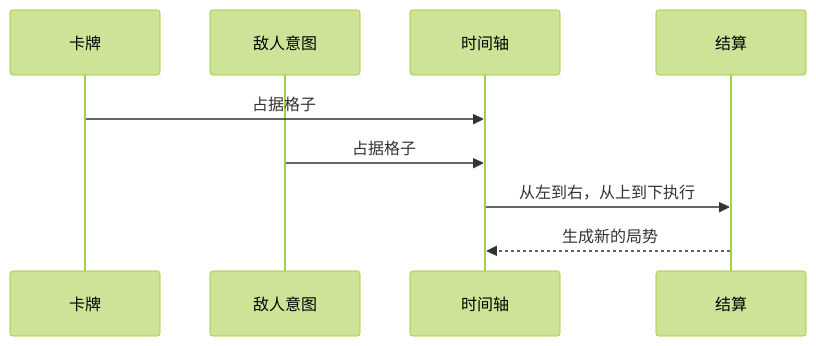
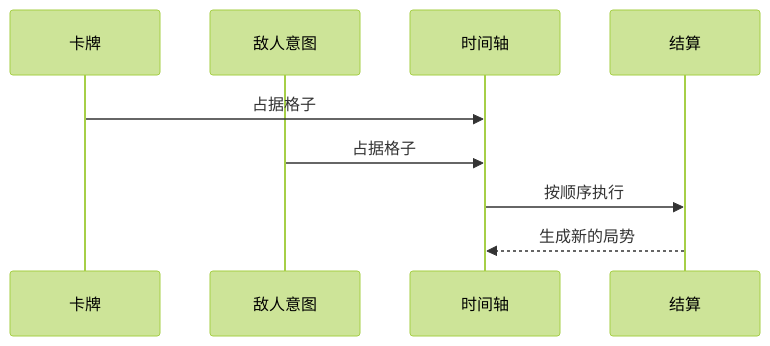
The third of 4 diagrams in README.md (xcyhjn/time-key-godot), drawn with Mermaid (forest theme) before and after one commit. The commit also changed other lines of this file and 18 other files, not shown here.

````diff
--- a/README.md
+++ b/README.md
@@ -91,12 +61,12 @@
 ```mermaid
 sequenceDiagram
     participant Card as 卡牌
     participant Enemy as 敌人意图
     participant Axis as 时间轴
     participant Resolve as 结算
 
     Card->>Axis: 占据格子
     Enemy->>Axis: 占据格子
-    Axis->>Resolve: 从左到右，从上到下执行
+    Axis->>Resolve: 按顺序执行
     Resolve-->>Axis: 生成新的局势
 ```
````
